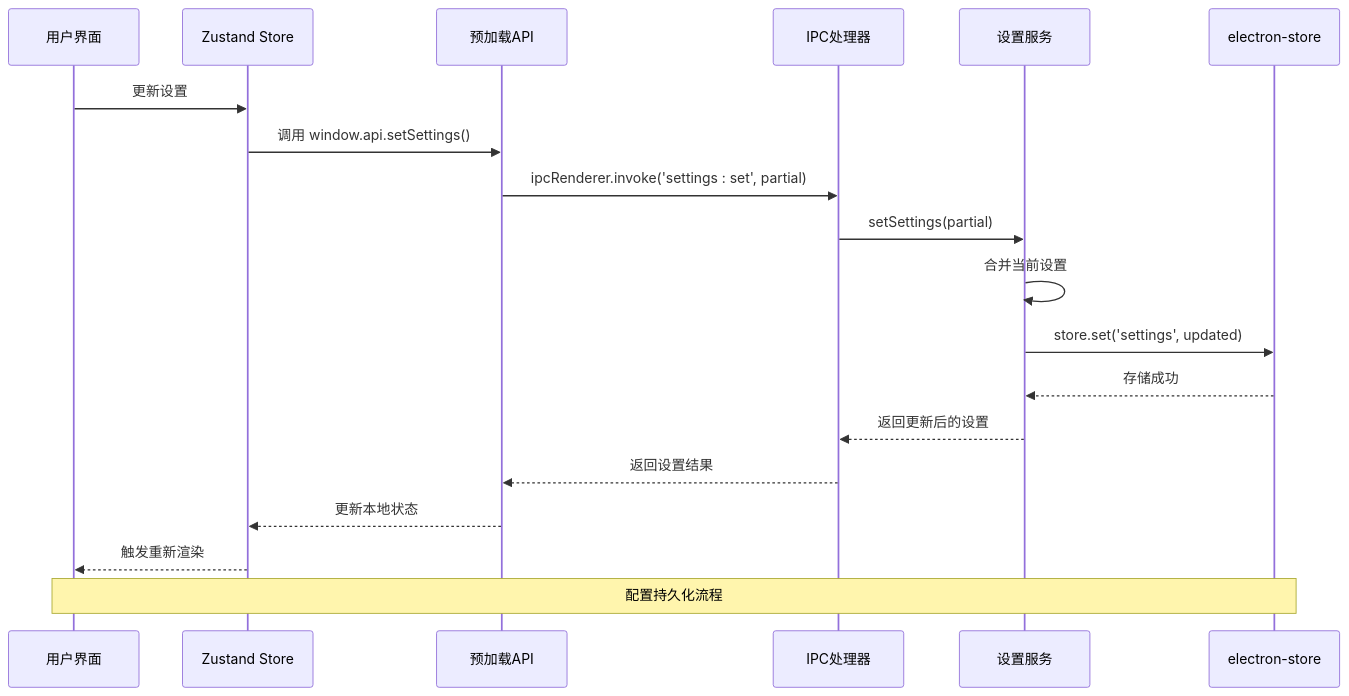
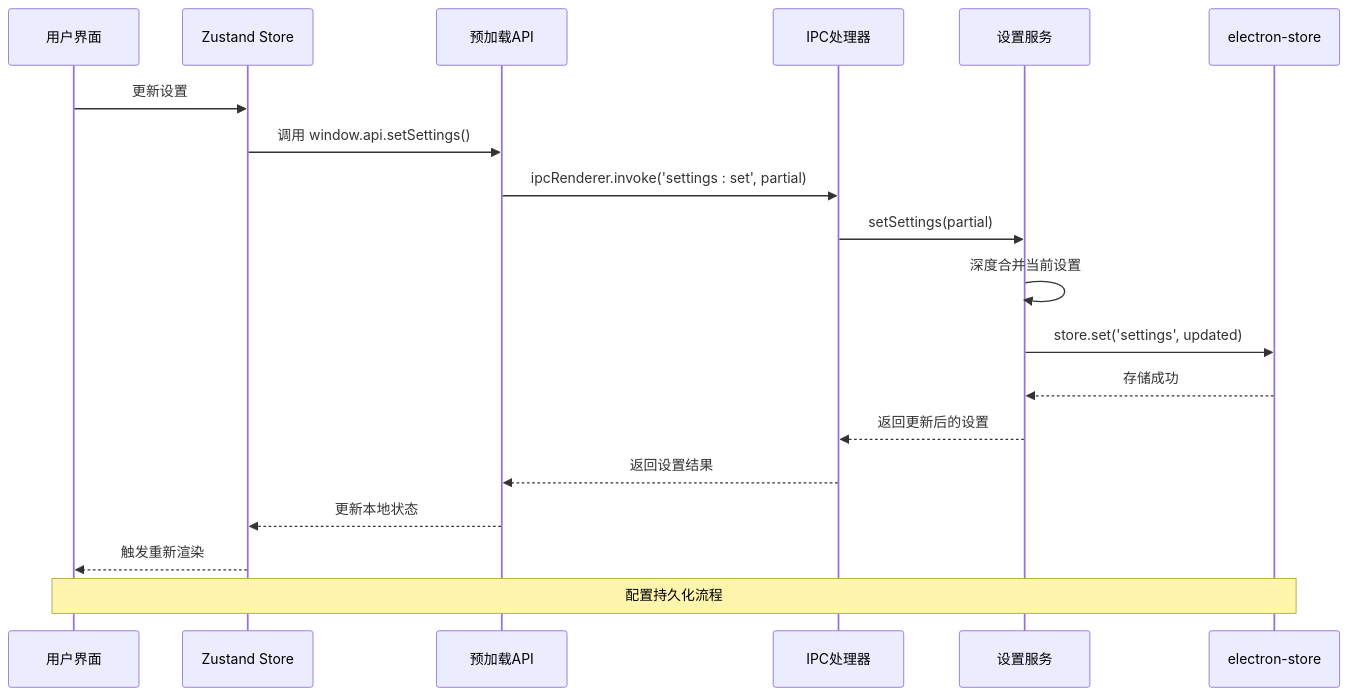
Before and after one commit to remgasuki/ReDoPhoto: the third of 10 diagrams in .qoder/repowiki/zh/content/核心服务模块/设置管理服务.md, drawn with Mermaid. The commit also changed other lines of this file and 10 other files, not shown here.

````diff
--- a/.qoder/repowiki/zh/content/核心服务模块/设置管理服务.md
+++ b/.qoder/repowiki/zh/content/核心服务模块/设置管理服务.md
@@ -157,21 +178,21 @@
 ```mermaid
 sequenceDiagram
 participant UI as 用户界面
 participant Store as Zustand Store
 participant Preload as 预加载API
 participant IPC as IPC处理器
 participant Service as 设置服务
 participant StoreEngine as electron-store
 UI->>Store : 更新设置
 Store->>Preload : 调用 window.api.setSettings()
 Preload->>IPC : ipcRenderer.invoke('settings : set', partial)
 IPC->>Service : setSettings(partial)
-Service->>Service : 合并当前设置
+Service->>Service : 深度合并当前设置
 Service->>StoreEngine : store.set('settings', updated)
 StoreEngine-->>Service : 存储成功
 Service-->>IPC : 返回更新后的设置
 IPC-->>Preload : 返回设置结果
 Preload-->>Store : 更新本地状态
 Store-->>UI : 触发重新渲染
 Note over UI,StoreEngine : 配置持久化流程
 ```
````
